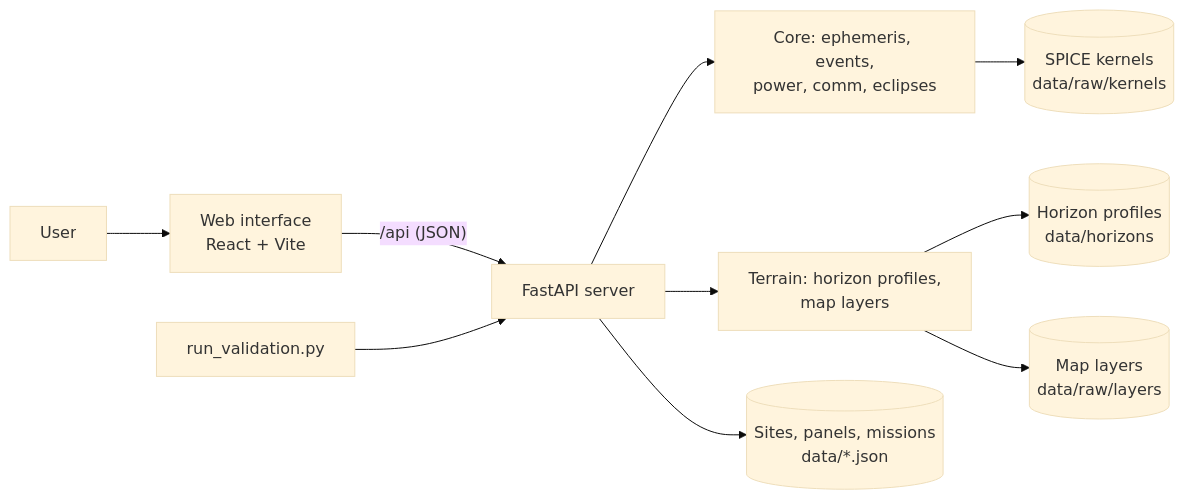
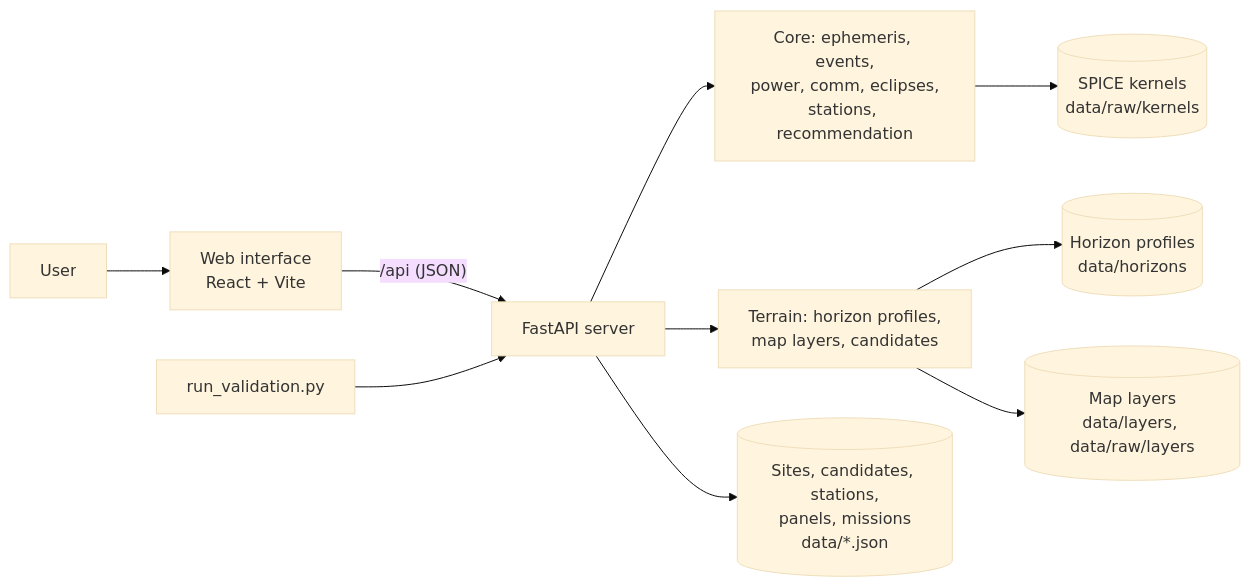
One commit to ahmetkrkyn0/NasaSpaceApp_FEZA changed the diagram in README.md. Above: the diagram before and after it, drawn with Mermaid (base theme). The commit also changed other lines of this file, not shown here.

Commit message:
docs(readme): add recommendation, link view and new endpoints

````diff
--- a/README.md
+++ b/README.md
@@ -201,12 +215,12 @@
 ```mermaid
 flowchart LR
     User --> UI[Web interface<br/>React + Vite]
     UI -- "/api (JSON)" --> API[FastAPI server]
-    API --> Core[Core: ephemeris, events,<br/>power, comm, eclipses]
-    API --> Terrain[Terrain: horizon profiles,<br/>map layers]
+    API --> Core[Core: ephemeris, events,<br/>power, comm, eclipses,<br/>stations, recommendation]
+    API --> Terrain[Terrain: horizon profiles,<br/>map layers, candidates]
     Core --> SPICE[(SPICE kernels<br/>data/raw/kernels)]
     Terrain --> Hz[(Horizon profiles<br/>data/horizons)]
-    Terrain --> Layers[(Map layers<br/>data/raw/layers)]
-    API --> Catalog[(Sites, panels, missions<br/>data/*.json)]
+    Terrain --> Layers[(Map layers<br/>data/layers, data/raw/layers)]
+    API --> Catalog[(Sites, candidates, stations,<br/>panels, missions<br/>data/*.json)]
     Val[run_validation.py] --> API
 ```
````
